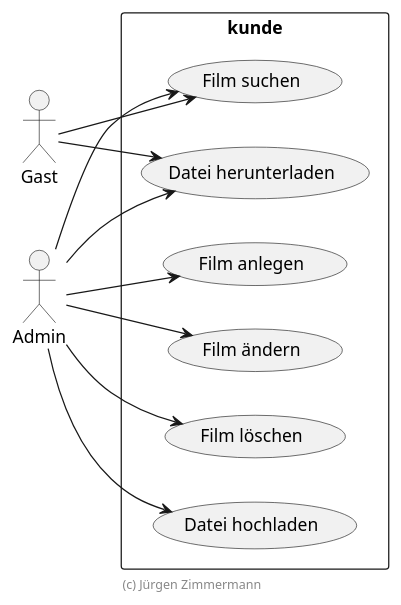
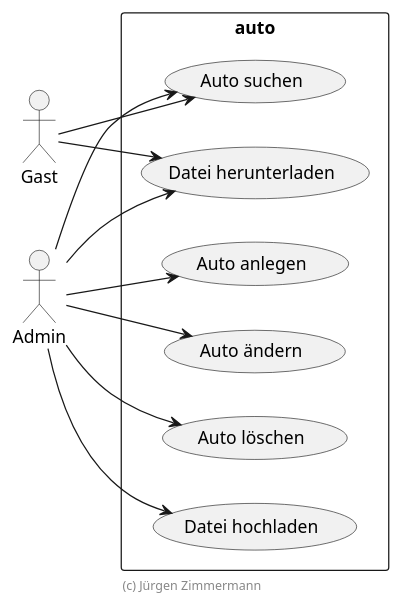
Before and after one commit to marcelmaerdian/SWE-SS21: the diagram in doc/entwicklerhandbuch/use-cases.puml, drawn with PlantUML. The commit also changed 5 other files, not shown here.

```diff
--- a/doc/entwicklerhandbuch/use-cases.puml
+++ b/doc/entwicklerhandbuch/use-cases.puml
@@ -15,23 +15,23 @@
 @startuml Use Cases
 
 left to right direction
 skinparam packageStyle rect
 skinparam componentStyle uml2
 
 actor Gast
 actor Admin
 
-rectangle kunde {
-    Gast --> (Film suchen)
+rectangle auto {
+    Gast --> (Auto suchen)
     Gast --> (Datei herunterladen)
-    Admin --> (Film suchen)
-    Admin --> (Film anlegen)
-    Admin --> (Film ändern)
-    Admin --> (Film löschen)
+    Admin --> (Auto suchen)
+    Admin --> (Auto anlegen)
+    Admin --> (Auto ändern)
+    Admin --> (Auto löschen)
     Admin --> (Datei hochladen)
     Admin --> (Datei herunterladen)
 }
 
 footer (c) Jürgen Zimmermann
 
 @enduml
```
